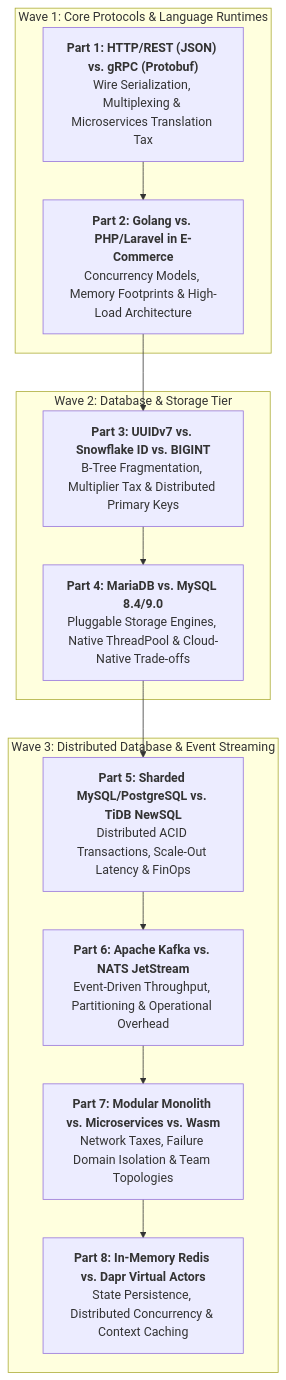
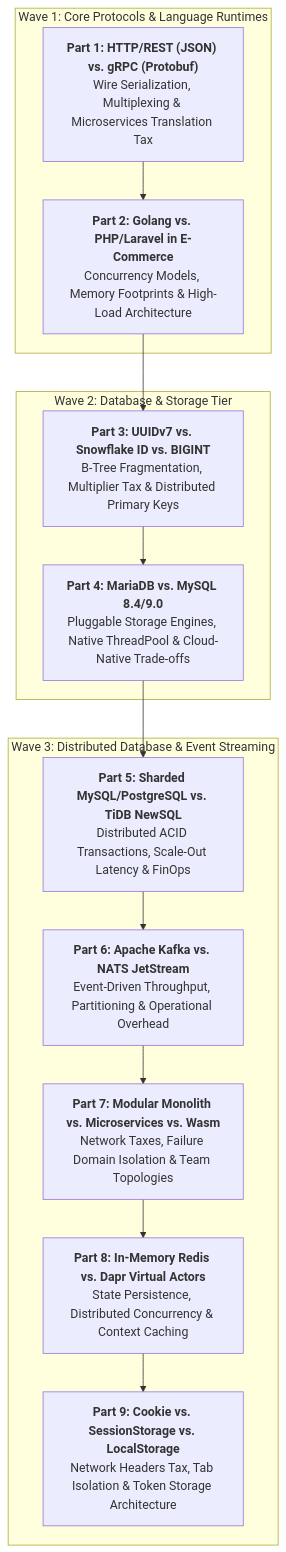
One commit to vesviet/vesviet changed the diagram in content/series/architectural-tradeoffs-showdowns/_index.md. Above: the diagram before and after it, drawn with Mermaid. The commit also changed other lines of this file and 2 other files, not shown here.

First line of the commit message:
feat(series): add part 09 cookie vs sessionstorage vs localstorage showdown

````diff
--- a/content/series/architectural-tradeoffs-showdowns/_index.md
+++ b/content/series/architectural-tradeoffs-showdowns/_index.md
@@ -37,19 +37,20 @@
 ```mermaid
 flowchart TD
     subgraph Wave1 ["Wave 1: Core Protocols & Language Runtimes"]
         P1["<b>Part 1: HTTP/REST (JSON) vs. gRPC (Protobuf)</b><br/>Wire Serialization, Multiplexing & Microservices Translation Tax"]
         P2["<b>Part 2: Golang vs. PHP/Laravel in E-Commerce</b><br/>Concurrency Models, Memory Footprints & High-Load Architecture"]
     end
     subgraph Wave2 ["Wave 2: Database & Storage Tier"]
         P3["<b>Part 3: UUIDv7 vs. Snowflake ID vs. BIGINT</b><br/>B-Tree Fragmentation, Multiplier Tax & Distributed Primary Keys"]
         P4["<b>Part 4: MariaDB vs. MySQL 8.4/9.0</b><br/>Pluggable Storage Engines, Native ThreadPool & Cloud-Native Trade-offs"]
     end
     subgraph Wave3 ["Wave 3: Distributed Database & Event Streaming"]
         P5["<b>Part 5: Sharded MySQL/PostgreSQL vs. TiDB NewSQL</b><br/>Distributed ACID Transactions, Scale-Out Latency & FinOps"]
         P6["<b>Part 6: Apache Kafka vs. NATS JetStream</b><br/>Event-Driven Throughput, Partitioning & Operational Overhead"]
         P7["<b>Part 7: Modular Monolith vs. Microservices vs. Wasm</b><br/>Network Taxes, Failure Domain Isolation & Team Topologies"]
         P8["<b>Part 8: In-Memory Redis vs. Dapr Virtual Actors</b><br/>State Persistence, Distributed Concurrency & Context Caching"]
+        P9["<b>Part 9: Cookie vs. SessionStorage vs. LocalStorage</b><br/>Network Headers Tax, Tab Isolation & Token Storage Architecture"]
     end
 
-    P1 --> P2 --> P3 --> P4 --> P5 --> P6 --> P7 --> P8
+    P1 --> P2 --> P3 --> P4 --> P5 --> P6 --> P7 --> P8 --> P9
 ```
````
